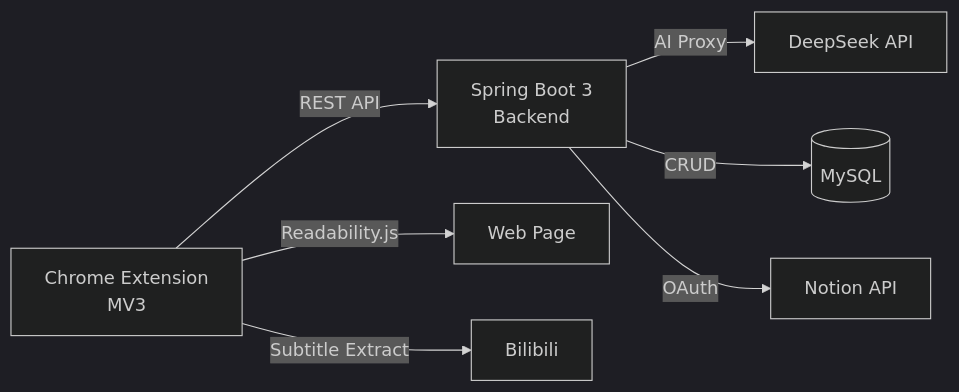
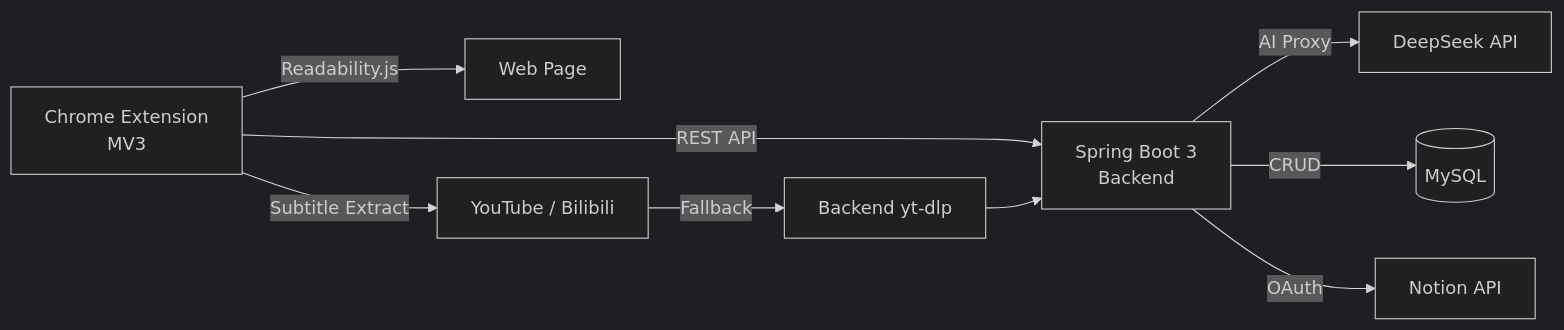
One commit to christo-chen/Summary-of-long-video-content changed the diagram in README.md. Above: the diagram before and after it, drawn with Mermaid (dark theme). The commit also changed other lines of this file and 1 other file, not shown here.

````diff
--- a/README.md
+++ b/README.md
@@ -37,9 +38,11 @@
 ```mermaid
 graph LR
     A[Chrome Extension<br/>MV3] -->|REST API| B[Spring Boot 3<br/>Backend]
     B -->|AI Proxy| C[DeepSeek API]
     B -->|CRUD| D[(MySQL)]
     B -->|OAuth| E[Notion API]
     A -->|Readability.js| F[Web Page]
-    A -->|Subtitle Extract| G[Bilibili]
+    A -->|Subtitle Extract| G[YouTube / Bilibili]
+    G -->|Fallback| H[Backend yt-dlp]
+    H --> B
 ```
````
